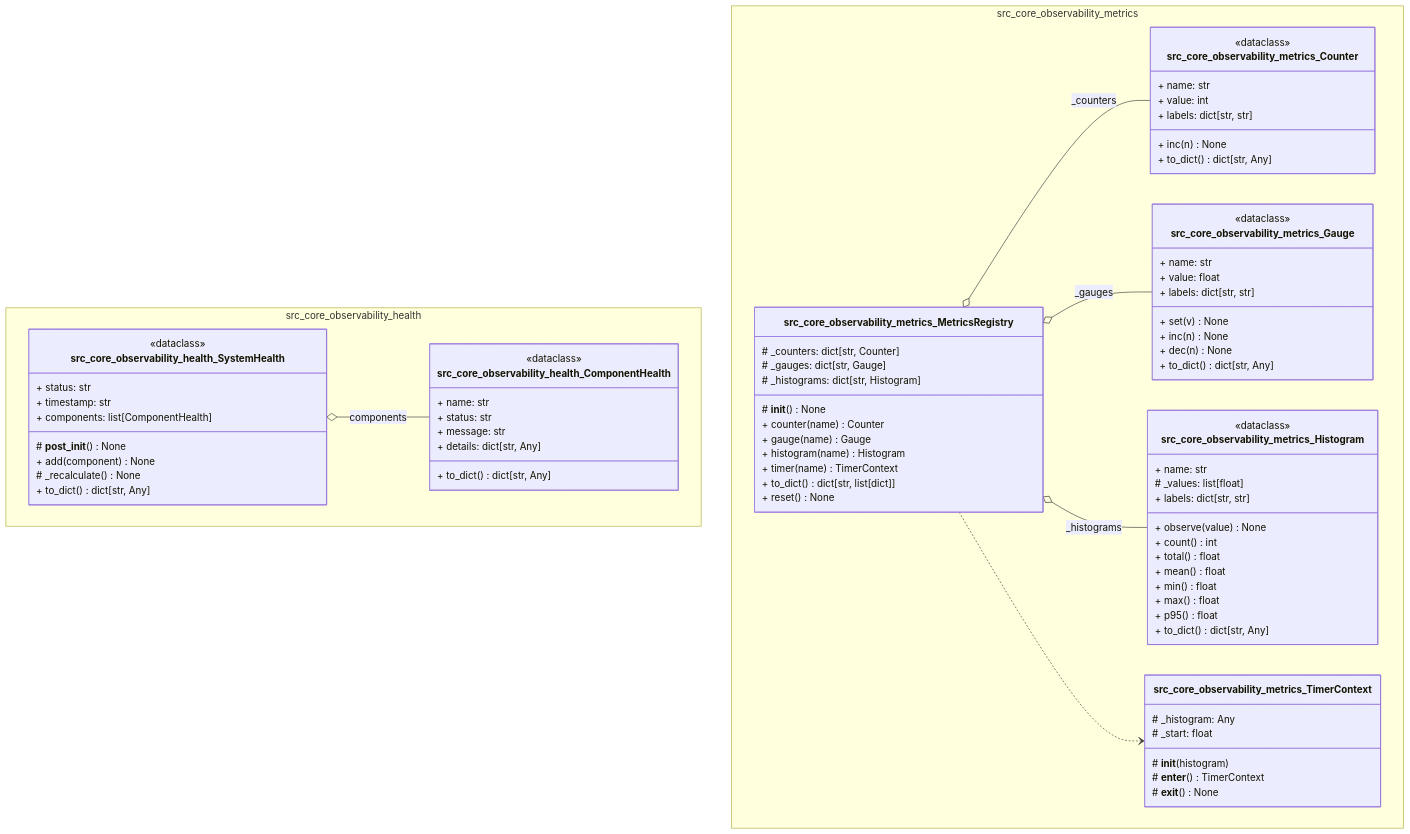
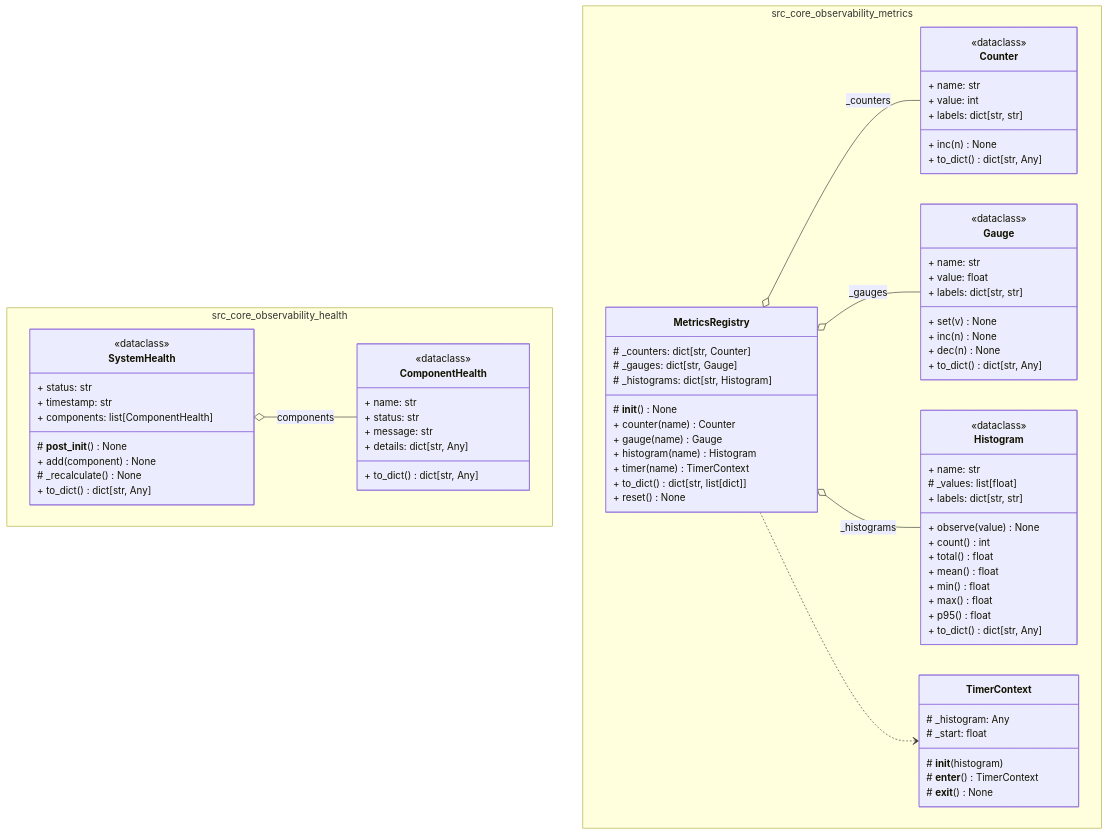
Before and after one commit to cyberpunk042/devops-control-plane: diagram 16 of 35 in docs/diagrams/class_architecture.md, drawn with Mermaid. The commit also changed other lines of this file and 3 other files, not shown here.

````diff
--- a/docs/diagrams/class_architecture.md
+++ b/docs/diagrams/class_architecture.md
@@ -742,7 +742,7 @@
     direction TD
 
     namespace src_core_observability_health {
-        class src_core_observability_health_ComponentHealth {
+        class ComponentHealth {
             <<dataclass>>
             + name: str
             + status: str
@@ -750,7 +750,7 @@
             + details: dict[str, Any]
             + to_dict() dict[str, Any]
         }
-        class src_core_observability_health_SystemHealth {
+        class SystemHealth {
             <<dataclass>>
             + status: str
             + timestamp: str
@@ -763,7 +763,7 @@
     }
 
     namespace src_core_observability_metrics {
-        class src_core_observability_metrics_Counter {
+        class Counter {
             <<dataclass>>
             + name: str
             + value: int
@@ -771,7 +771,7 @@
             + inc(n) None
             + to_dict() dict[str, Any]
         }
-        class src_core_observability_metrics_Gauge {
+        class Gauge {
             <<dataclass>>
             + name: str
             + value: float
@@ -781,7 +781,7 @@
             + dec(n) None
             + to_dict() dict[str, Any]
         }
-        class src_core_observability_metrics_Histogram {
+        class Histogram {
             <<dataclass>>
             + name: str
             # _values: list[float]
@@ -795,7 +795,7 @@
             + p95() float
             + to_dict() dict[str, Any]
         }
-        class src_core_observability_metrics_MetricsRegistry {
+        class MetricsRegistry {
             # _counters: dict[str, Counter]
             # _gauges: dict[str, Gauge]
             # _histograms: dict[str, Histogram]
@@ -807,7 +807,7 @@
             + to_dict() dict[str, list[dict]]
             + reset() None
         }
-        class src_core_observability_metrics_TimerContext {
+        class TimerContext {
             # _histogram: Any
             # _start: float
             # __init__(histogram)
@@ -816,9 +816,9 @@
         }
     }
 
-    src_core_observability_health_SystemHealth o-- src_core_observability_health_ComponentHealth : components
-    src_core_observability_metrics_MetricsRegistry o-- src_core_observability_metrics_Counter : _counters
-    src_core_observability_metrics_MetricsRegistry o-- src_core_observability_metrics_Gauge : _gauges
-    src_core_observability_metrics_MetricsRegistry o-- src_core_observability_metrics_Histogram : _histograms
-    src_core_observability_metrics_MetricsRegistry ..> src_core_observability_metrics_TimerContext
+    SystemHealth o-- ComponentHealth : components
+    MetricsRegistry o-- Counter : _counters
+    MetricsRegistry o-- Gauge : _gauges
+    MetricsRegistry o-- Histogram : _histograms
+    MetricsRegistry ..> TimerContext
 ```
````
